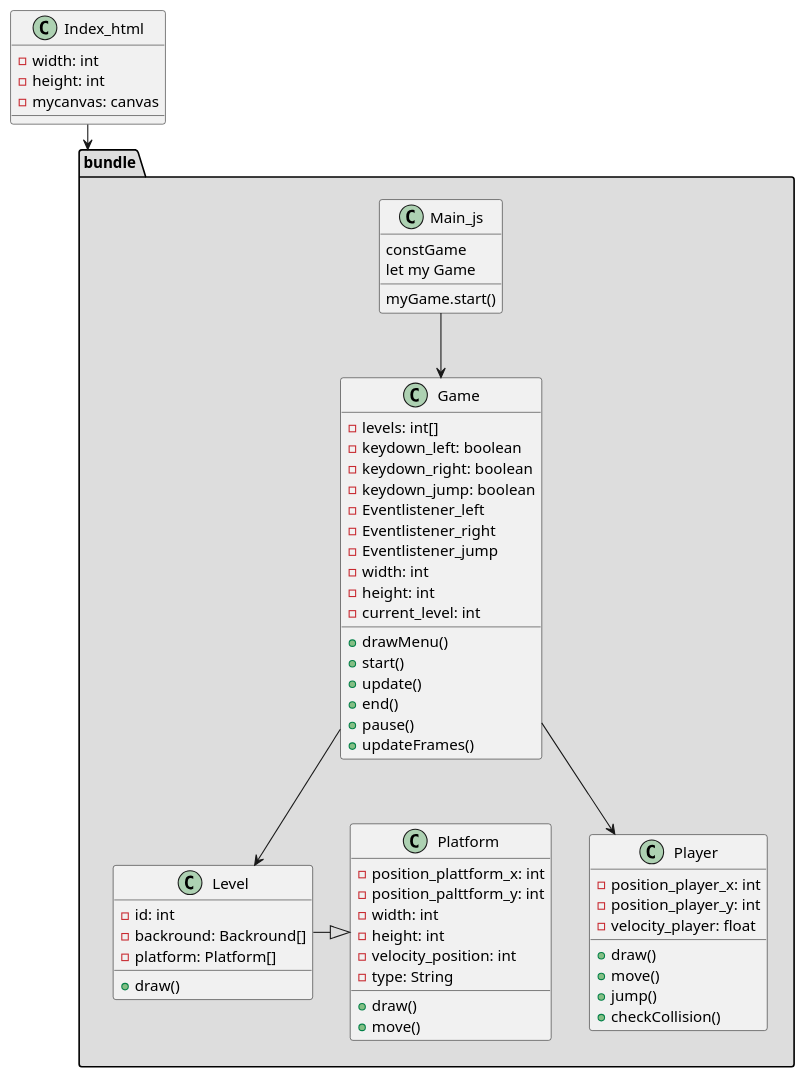
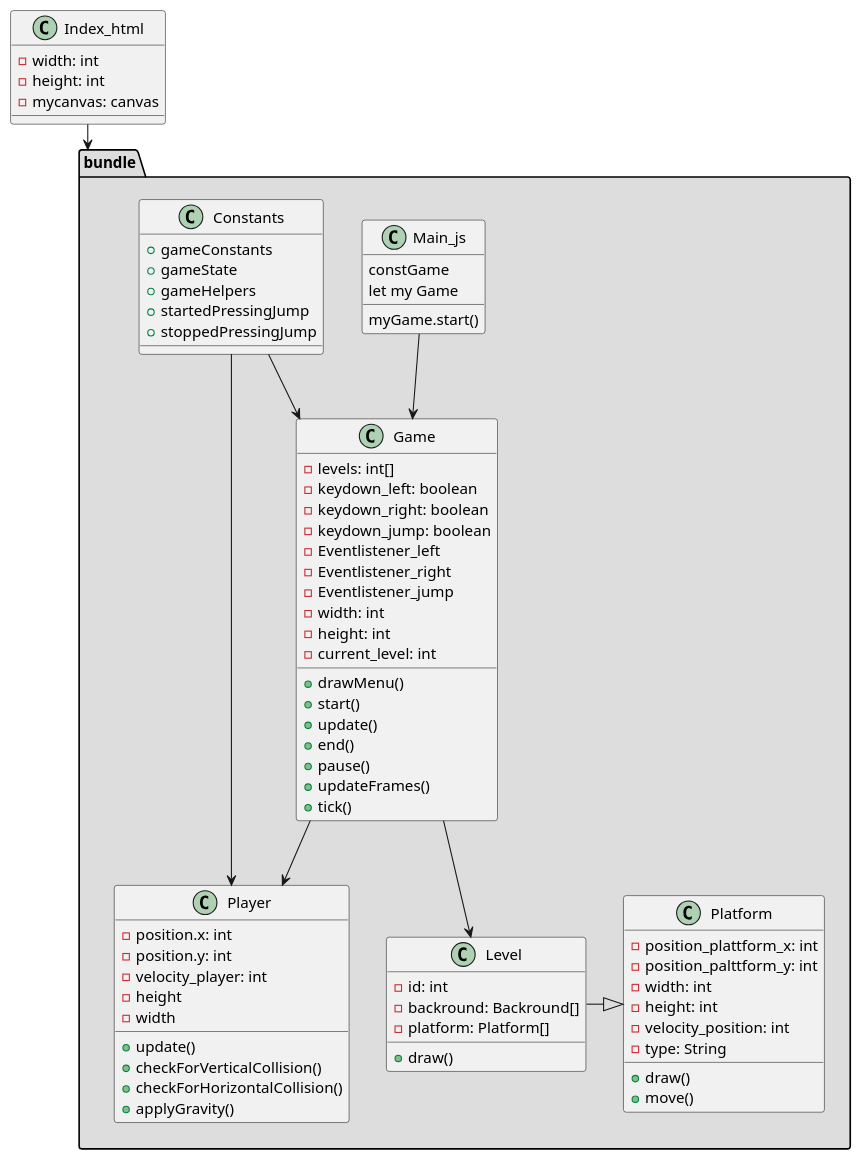
One commit to ozhadykov/browsergame-bachelor changed the diagram in klassendiagramm.puml. Above: the diagram before and after it, drawn with PlantUML.

Commit message:
puml update

```diff
--- a/klassendiagramm.puml
+++ b/klassendiagramm.puml
@@ -1,77 +1,90 @@
 @startuml
 
 class Index_html {
   - width: int
   - height: int
   - mycanvas: canvas
 }
 
 
 
 package "bundle" #DDDDDD{
 
 class Main_js {
   constGame
   let my Game
   myGame.start()          
 }
 
 
 class Game {
   - levels: int[]
   - keydown_left: boolean
   - keydown_right: boolean
   - keydown_jump: boolean
   - Eventlistener_left
   - Eventlistener_right
   - Eventlistener_jump
   - width: int
   - height: int
   - current_level: int 
   + drawMenu()
   + start()
   + update()
   + end()
   + pause()
   + updateFrames()
-  
+  + tick()
+
 }
 
 class Level {
-  - id: int 
+  - id: int
   - backround: Backround[]
   - platform: Platform[]
   + draw()
 }
 
 class Player {
-  - position_player_x: int
-  - position_player_y: int
-  - velocity_player: float
-  + draw()
-  + move()
-  + jump()
-  + checkCollision()
+  - position.x: int
+  - position.y: int
+  - velocity_player: int
+  - height
+  - width
+  + update()
+  + checkForVerticalCollision()
+  + checkForHorizontalCollision()
+  + applyGravity()
 }
 
 
 class Platform {
-  - position_plattform_x: int 
+  - position_plattform_x: int
   - position_palttform_y: int
   - width: int
   - height: int
   - velocity_position: int
   - type: String
   + draw()
   + move()
 }
 
+class Constants {
+  + gameConstants
+  + gameState
+  + gameHelpers
+  + startedPressingJump
+  + stoppedPressingJump
+}
+
 
 
 Game --> Level
 Game --> Player
 Level -|> Platform
 Main_js --> Game
+Constants -->Game
+Constants --> Player
 }
 Index_html -->bundle
 @enduml
```
